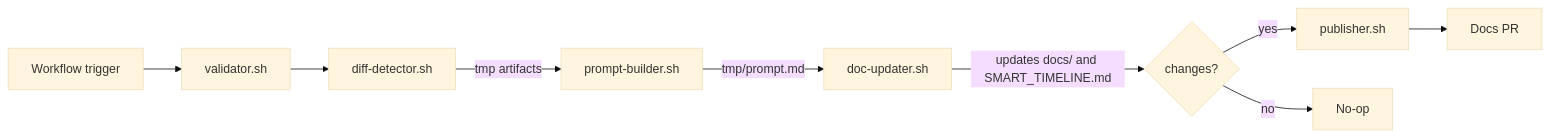
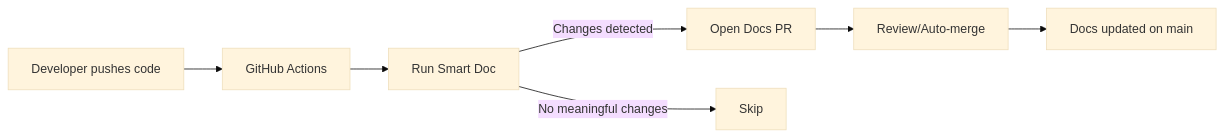
The diagram in README.md (galiprandi/smart-doc), drawn with Mermaid (base theme) before and after one commit. The commit also changed other lines of this file, not shown here.

Commit message:
docs: simplify pipeline diagram in README to show high-level workflow

````diff
--- a/README.md
+++ b/README.md
@@ -20,11 +20,9 @@
 ```mermaid
 flowchart LR
-    A[Workflow trigger] --> B[validator.sh]
-    B --> C[diff-detector.sh]
-    C -->|tmp artifacts| D[prompt-builder.sh]
-    D -->|tmp/prompt.md| E[doc-updater.sh]
-    E -->|updates docs/ and SMART_TIMELINE.md| F{changes?}
-    F -- yes --> G[publisher.sh]
-    G --> H[Docs PR]
-    F -- no --> I[No-op]
+    Dev[Developer pushes code] --> CI[GitHub Actions]
+    CI --> SD[Run Smart Doc]
+    SD -->|Changes detected| PR[Open Docs PR]
+    SD -->|No meaningful changes| Skip[Skip]
+    PR --> Review[Review/Auto-merge]
+    Review --> Main[Docs updated on main]
 ```
````
